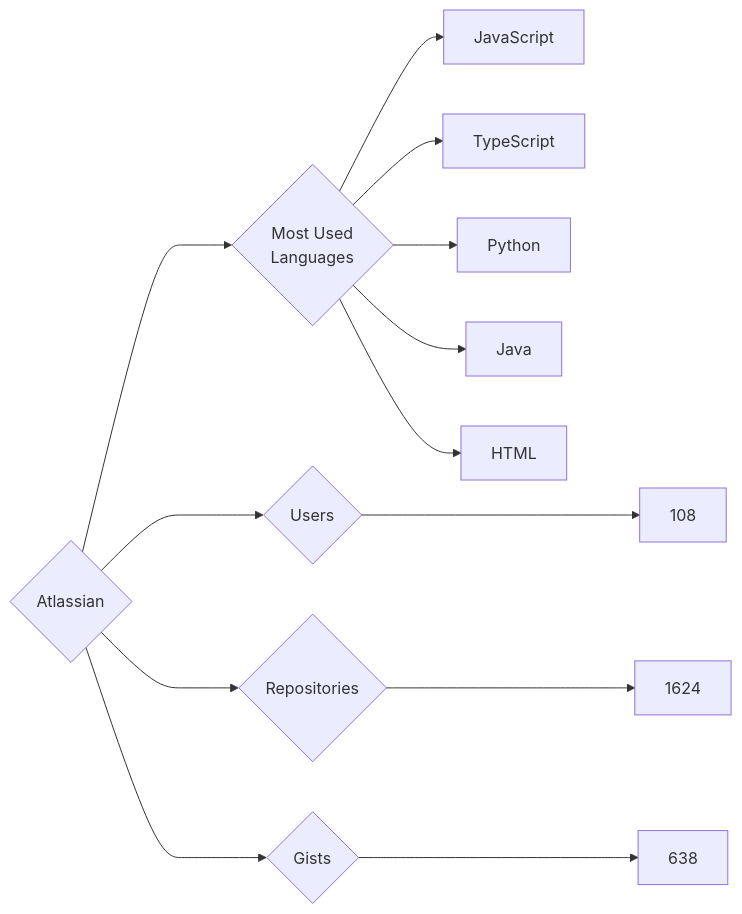
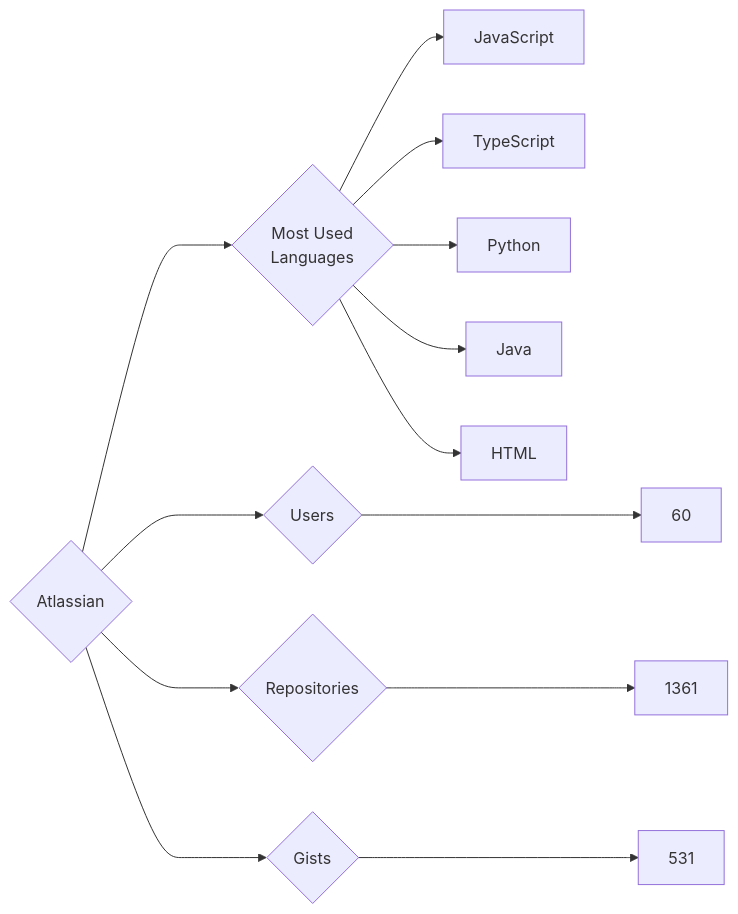
One commit to trickest/insiders changed the diagram in targets/Atlassian/README.md. Above: the diagram before and after it, drawn with Mermaid. The commit also changed 736 other files, not shown here.

````diff
--- a/targets/Atlassian/README.md
+++ b/targets/Atlassian/README.md
@@ -3,13 +3,13 @@
 ```mermaid
 graph LR
 COMPANY_NAME{Atlassian}
-COMPANY_NAME ---> U{Users} ---> UN[108]
-COMPANY_NAME ---> R{Repositories} ---> RN[1624]
-COMPANY_NAME ---> G{Gists} ---> GN[638]
+COMPANY_NAME ---> U{Users} ---> UN[60]
+COMPANY_NAME ---> R{Repositories} ---> RN[1361]
+COMPANY_NAME ---> G{Gists} ---> GN[531]
 COMPANY_NAME ---> ML{Most Used<br>Languages}
 ML --> JavaScript[JavaScript]
 ML --> TypeScript[TypeScript]
 ML --> Python[Python]
 ML --> Java[Java]
 ML --> HTML[HTML]
 ```
````
